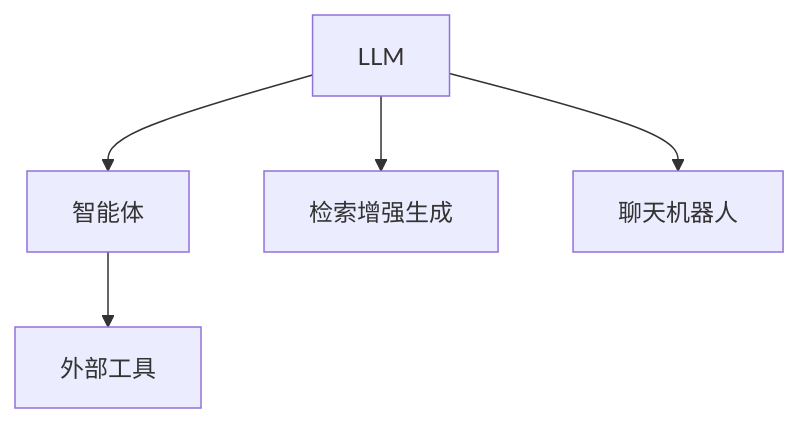
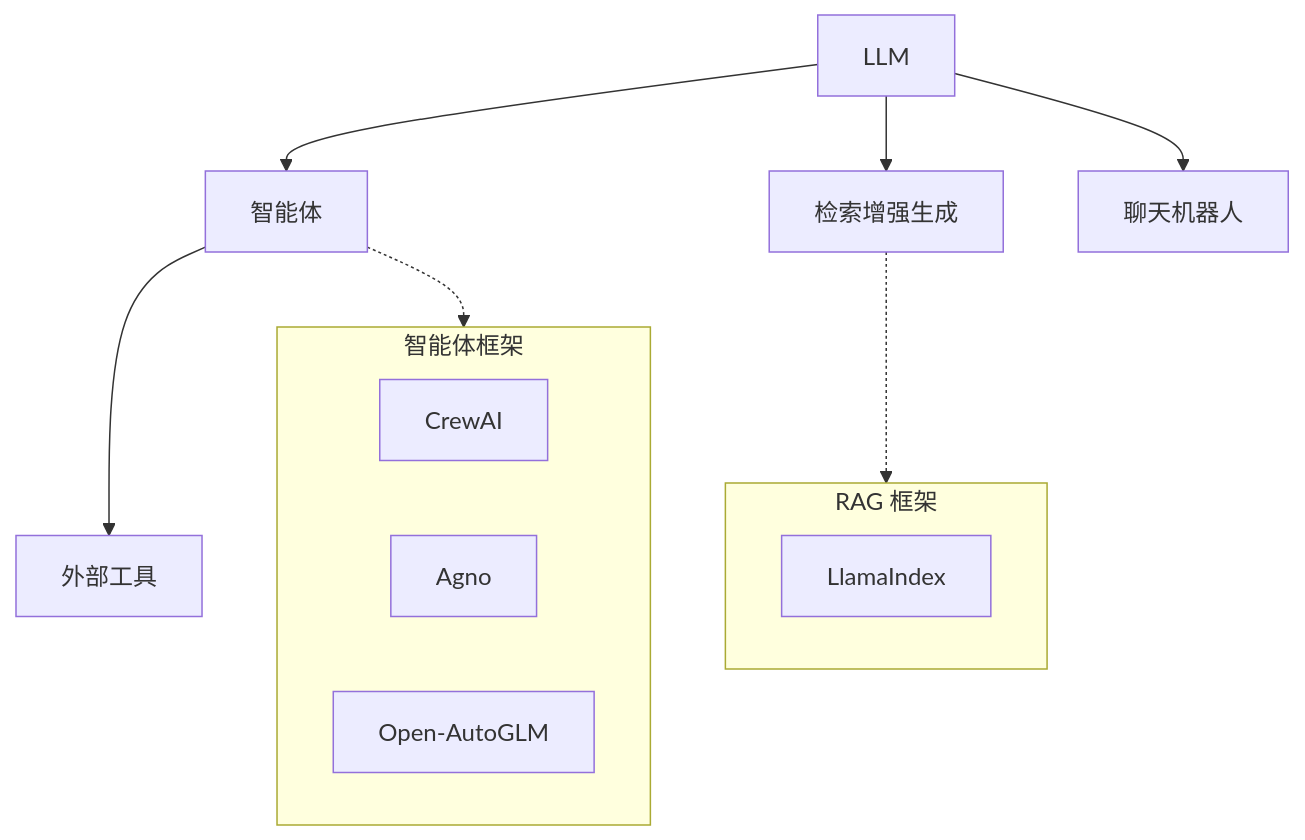
Before and after one commit to cruldra/notes3: the fourth of 6 diagrams in docs/AI/llm_graph.md, drawn with Mermaid. The commit also changed other lines of this file and 2 other files, not shown here.

````diff
--- a/docs/AI/llm_graph.md
+++ b/docs/AI/llm_graph.md
@@ -83,7 +116,20 @@
 ```mermaid
 graph TD
     LLM --> Agent[智能体]
     LLM --> RAG[检索增强生成]
     LLM --> Chatbot[聊天机器人]
     Agent --> Tools[外部工具]
+    
+    subgraph AgentFrameworks [智能体框架]
+        CrewAI
+        Agno
+        OpenAutoGLM[Open-AutoGLM]
+    end
+    
+    subgraph RAGFrameworks [RAG 框架]
+        LlamaIndex
+    end
+    
+    Agent -.-> AgentFrameworks
+    RAG -.-> RAGFrameworks
 ```
````
